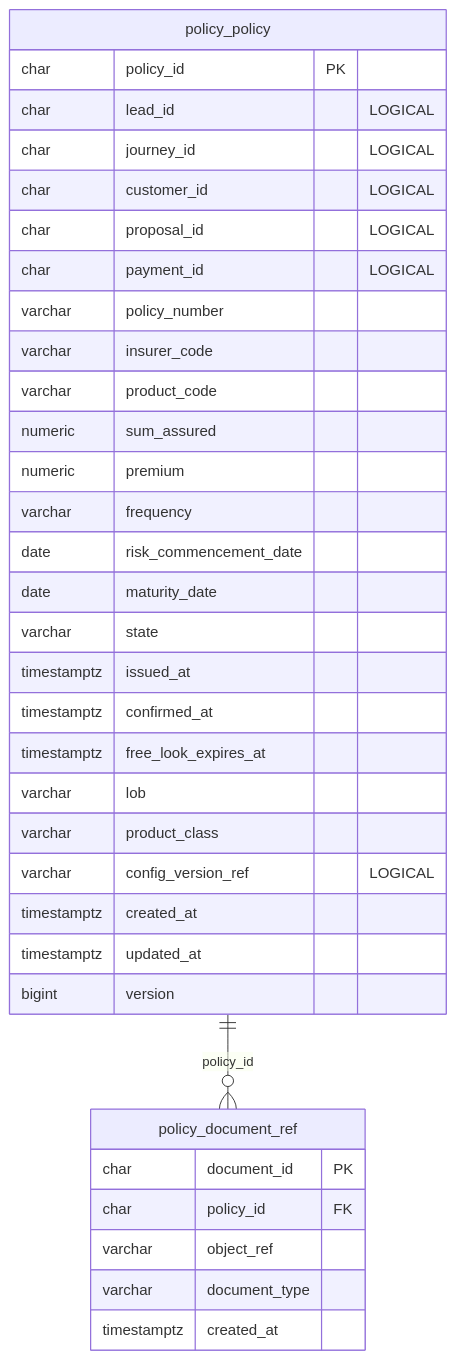
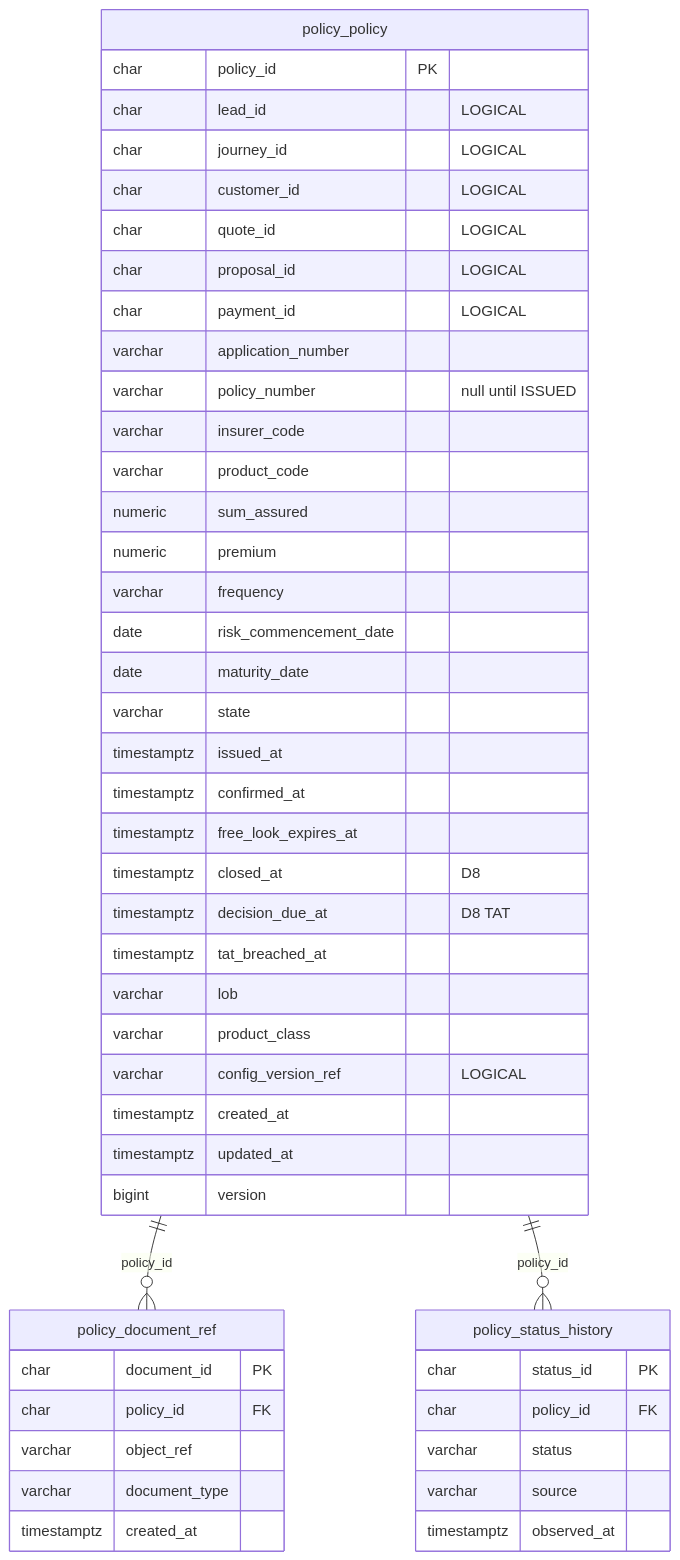
Before and after one commit to Mahesh38/bank-insurance-platform: diagram 12 of 14 in docs/platform/data-architecture/05-e2e-er-and-field-map.md, drawn with Mermaid. The commit also changed other lines of this file and 348 other files, not shown here.

````diff
--- a/docs/platform/data-architecture/05-e2e-er-and-field-map.md
+++ b/docs/platform/data-architecture/05-e2e-er-and-field-map.md
@@ -915,37 +1043,50 @@
 ```mermaid
 erDiagram
     policy_policy {
         char policy_id PK
         char lead_id "LOGICAL"
         char journey_id "LOGICAL"
         char customer_id "LOGICAL"
+        char quote_id "LOGICAL"
         char proposal_id "LOGICAL"
         char payment_id "LOGICAL"
-        varchar policy_number
+        varchar application_number
+        varchar policy_number "null until ISSUED"
         varchar insurer_code
         varchar product_code
         numeric sum_assured
         numeric premium
         varchar frequency
         date risk_commencement_date
         date maturity_date
         varchar state
         timestamptz issued_at
         timestamptz confirmed_at
         timestamptz free_look_expires_at
+        timestamptz closed_at "D8"
+        timestamptz decision_due_at "D8 TAT"
+        timestamptz tat_breached_at
         varchar lob
         varchar product_class
         varchar config_version_ref "LOGICAL"
         timestamptz created_at
         timestamptz updated_at
         bigint version
     }
     policy_document_ref {
         char document_id PK
         char policy_id FK
         varchar object_ref
         varchar document_type
         timestamptz created_at
     }
+    policy_status_history {
+        char status_id PK
+        char policy_id FK
+        varchar status
+        varchar source
+        timestamptz observed_at
+    }
     policy_policy ||--o{ policy_document_ref : "policy_id"
+    policy_policy ||--o{ policy_status_history : "policy_id"
 ```
````
